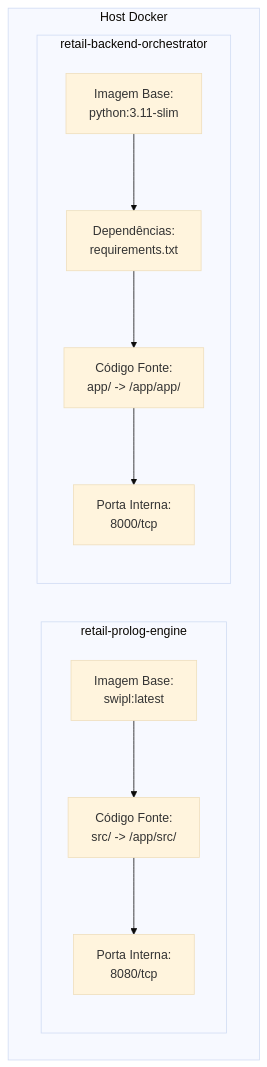
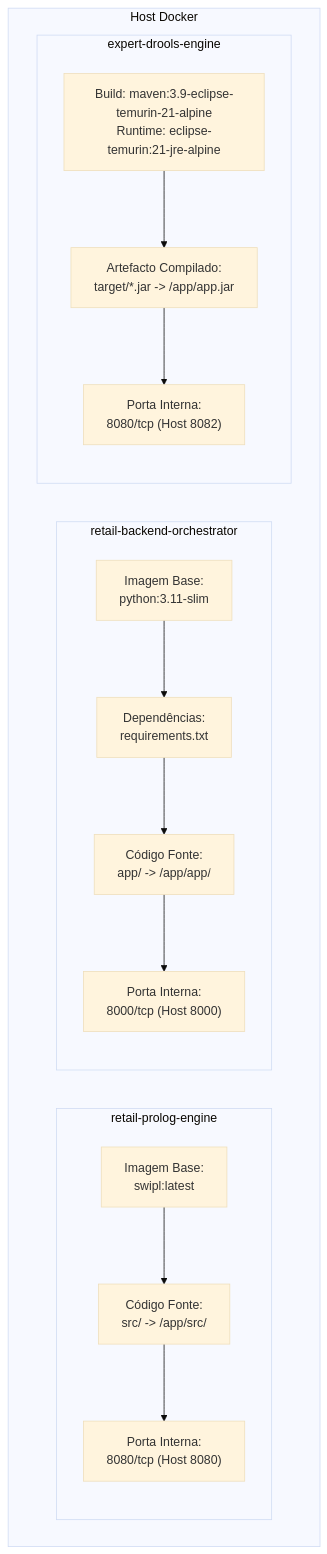
The diagram in docs/deployment/docker.md (Santiago-1211173/meia-equipa3-challenge1-26_27), drawn with Mermaid (base theme) before and after one commit. The commit also changed other lines of this file and 23 other files, not shown here.

Commit message:
docs: add comprehensive documentation for architecture, API, deployment, and development guides

````diff
--- a/docs/deployment/docker.md
+++ b/docs/deployment/docker.md
@@ -14,20 +14,27 @@
 ```mermaid
 flowchart TD
     subgraph "Host Docker"
         subgraph "retail-prolog-engine"
             PrologBase["Imagem Base:\nswipl:latest"]
             PrologSrc["Código Fonte:\nsrc/ -> /app/src/"]
-            PrologPort["Porta Interna:\n8080/tcp"]
+            PrologPort["Porta Interna:\n8080/tcp (Host 8080)"]
         end
 
         subgraph "retail-backend-orchestrator"
             PythonBase["Imagem Base:\npython:3.11-slim"]
             PyDeps["Dependências:\nrequirements.txt"]
             PySrc["Código Fonte:\napp/ -> /app/app/"]
-            PyPort["Porta Interna:\n8000/tcp"]
+            PyPort["Porta Interna:\n8000/tcp (Host 8000)"]
+        end
+
+        subgraph "expert-drools-engine"
+            DroolsBuild["Build: maven:3.9-eclipse-temurin-21-alpine\nRuntime: eclipse-temurin:21-jre-alpine"]
+            DroolsArtifact["Artefacto Compilado:\ntarget/*.jar -> /app/app.jar"]
+            DroolsPort["Porta Interna:\n8080/tcp (Host 8082)"]
         end
     end
 
     PrologBase --> PrologSrc --> PrologPort
     PythonBase --> PyDeps --> PySrc --> PyPort
+    DroolsBuild --> DroolsArtifact --> DroolsPort
 ```
````
